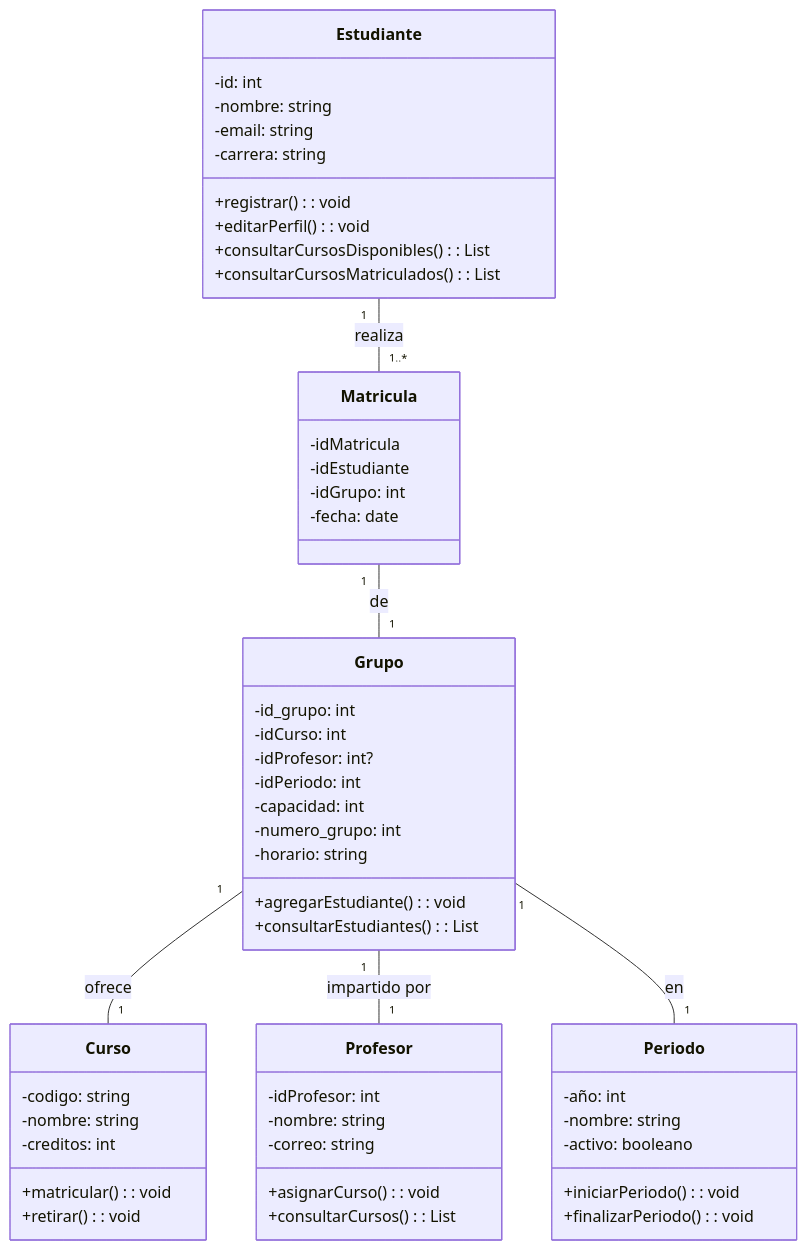
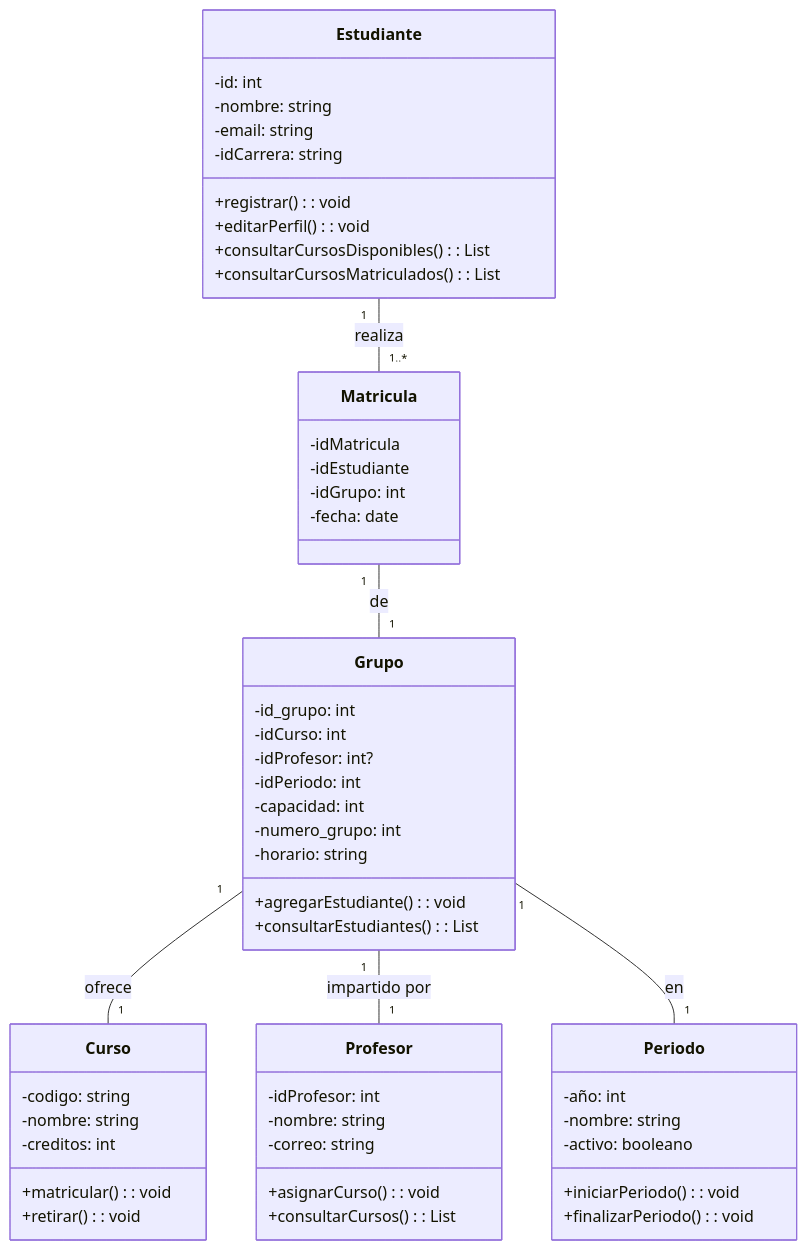
The diagram in Diagrama.mmd (Mariajose2134/Proyecto), drawn with Mermaid before and after one commit.

Commit message:
se cambio algunas cosas

```diff
--- a/Diagrama.mmd
+++ b/Diagrama.mmd
@@ -1,62 +1,62 @@
 classDiagram
 
     class Estudiante {
         -id: int
         -nombre: string
         -email: string
-        -carrera: string
+        -idCarrera: string
         +registrar(): void
         +editarPerfil(): void
         +consultarCursosDisponibles(): List<Curso>
         +consultarCursosMatriculados(): List<Curso>
     }
  
     class Curso {
         -codigo: string
         -nombre: string
         -creditos: int
         +matricular(): void
         +retirar(): void
     }
   
     class Periodo {
         -año: int
         -nombre: string
         -activo: booleano
         +iniciarPeriodo(): void
         +finalizarPeriodo(): void
     }
 
     class Profesor {
         -idProfesor: int
         -nombre: string
         -correo: string
         +asignarCurso(): void
         +consultarCursos(): List<Curso>
     }
 
     class Matricula {
         -idMatricula
         -idEstudiante
         -idGrupo: int
         -fecha: date
     }
 
     class Grupo {
         -id_grupo: int
         -idCurso: int
         -idProfesor: int?
         -idPeriodo: int
         -capacidad: int
         -numero_grupo: int 
         -horario: string
         +agregarEstudiante(): void
         +consultarEstudiantes(): List<Estudiante>
     }
 
 
 Grupo "1" -- "1" Curso : ofrece
 Grupo "1" -- "1" Profesor : impartido por
 Grupo "1" -- "1" Periodo : en
 Estudiante "1" -- "1..*" Matricula : realiza
 Matricula "1" -- "1" Grupo : de
```
